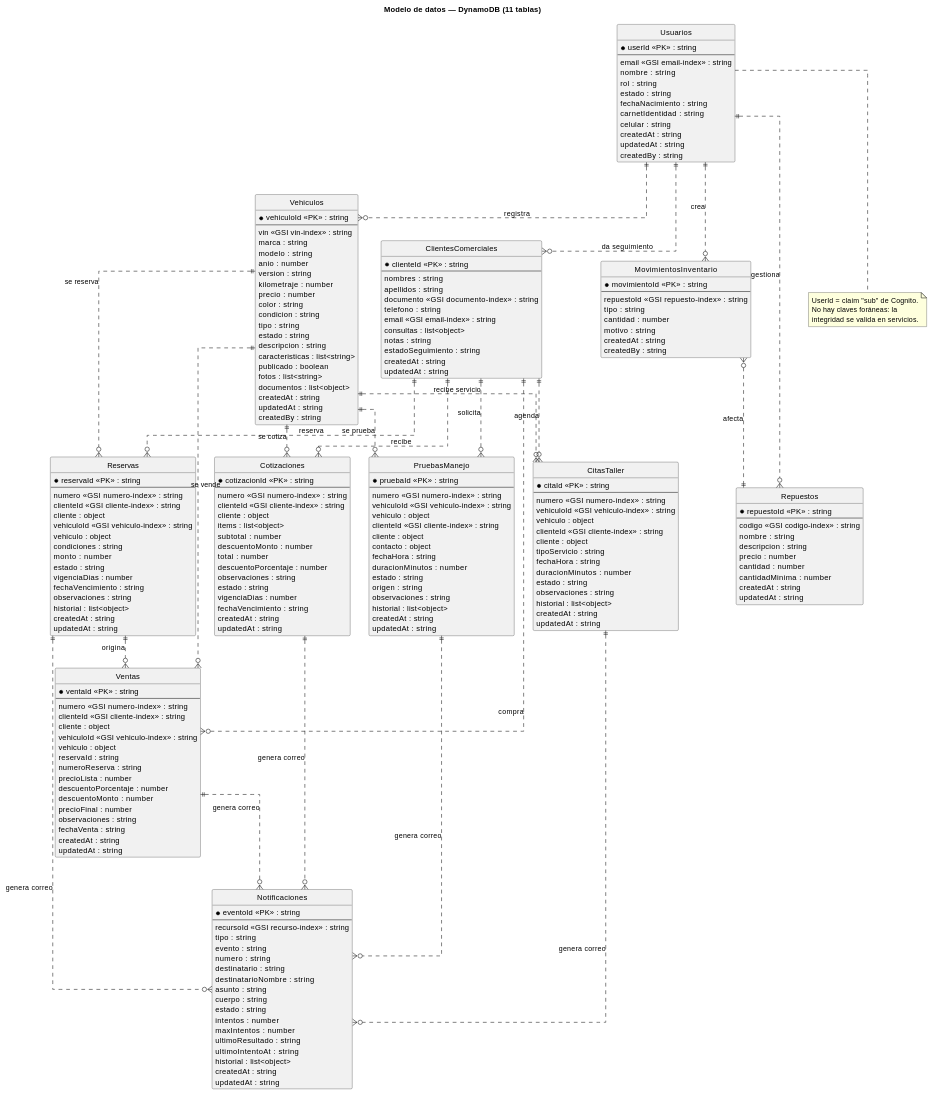
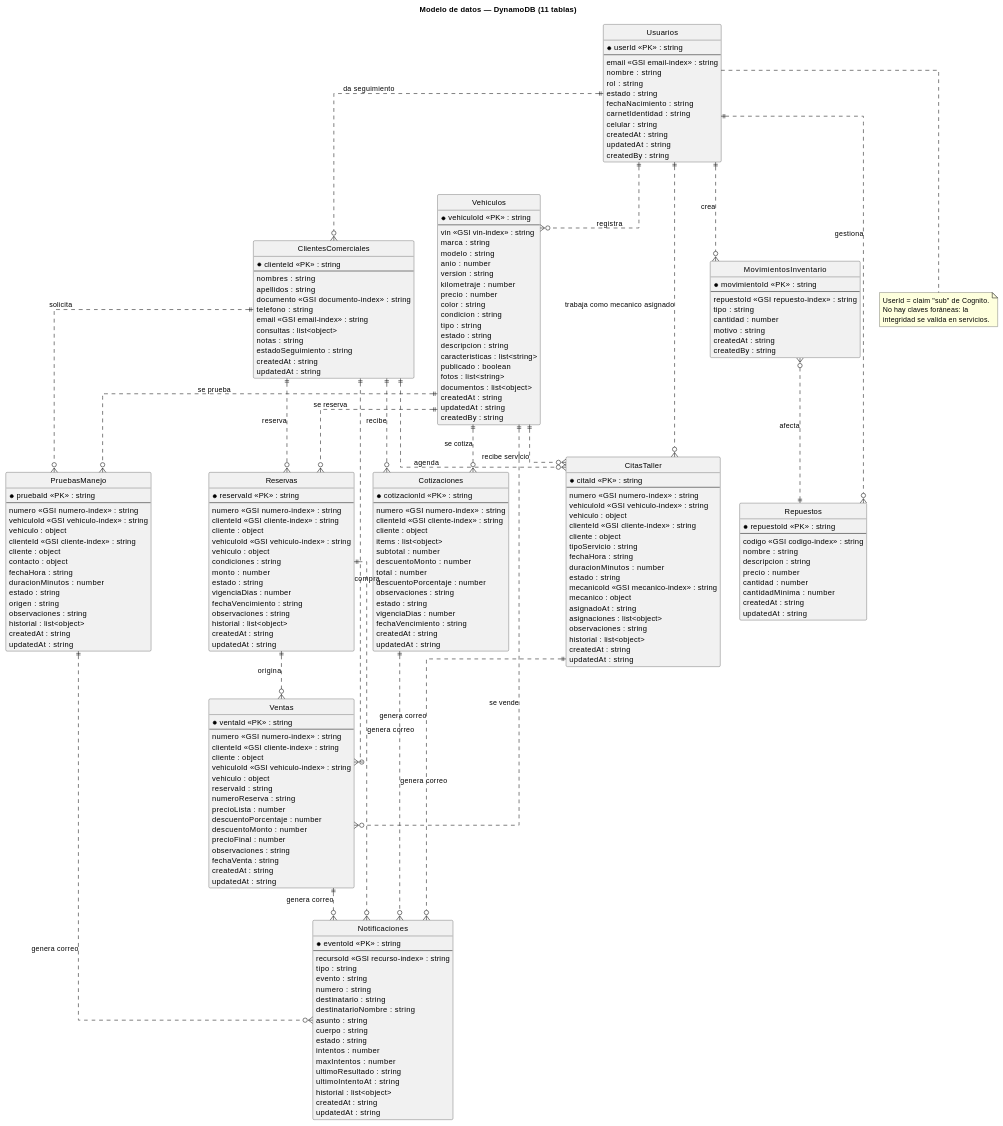
One commit to dgschahvqvc17/Concesionaria-BMW changed the fourth of 18 diagrams in documentacion/diagramas.md. Above: the diagram before and after it, drawn with PlantUML. The commit also changed other lines of this file and 30 other files, not shown here.

```diff
--- a/documentacion/diagramas.md
+++ b/documentacion/diagramas.md
@@ -407,6 +412,10 @@
   fechaHora : string
   duracionMinutos : number
   estado : string
+  mecanicoId <<GSI mecanico-index>> : string
+  mecanico : object
+  asignadoAt : string
+  asignaciones : list<object>
   observaciones : string
   historial : list<object>
   createdAt : string
@@ -433,6 +442,7 @@
 ventas ||..o{ notificaciones : "genera correo"
 vehiculos ||..o{ citas : "recibe servicio"
 clientes ||..o{ citas : "agenda"
+usuarios ||..o{ citas : "trabaja como mecanico asignado"
 citas ||..o{ notificaciones : "genera correo"
 
 note bottom of usuarios
```
